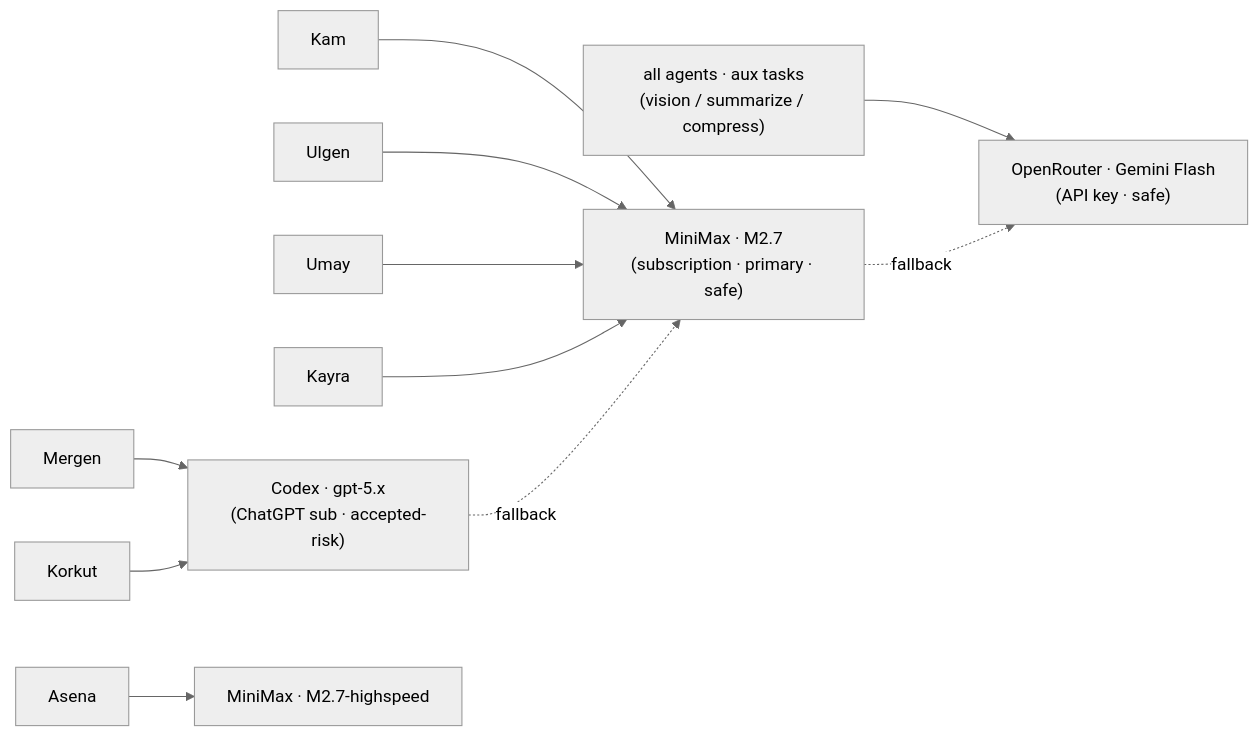
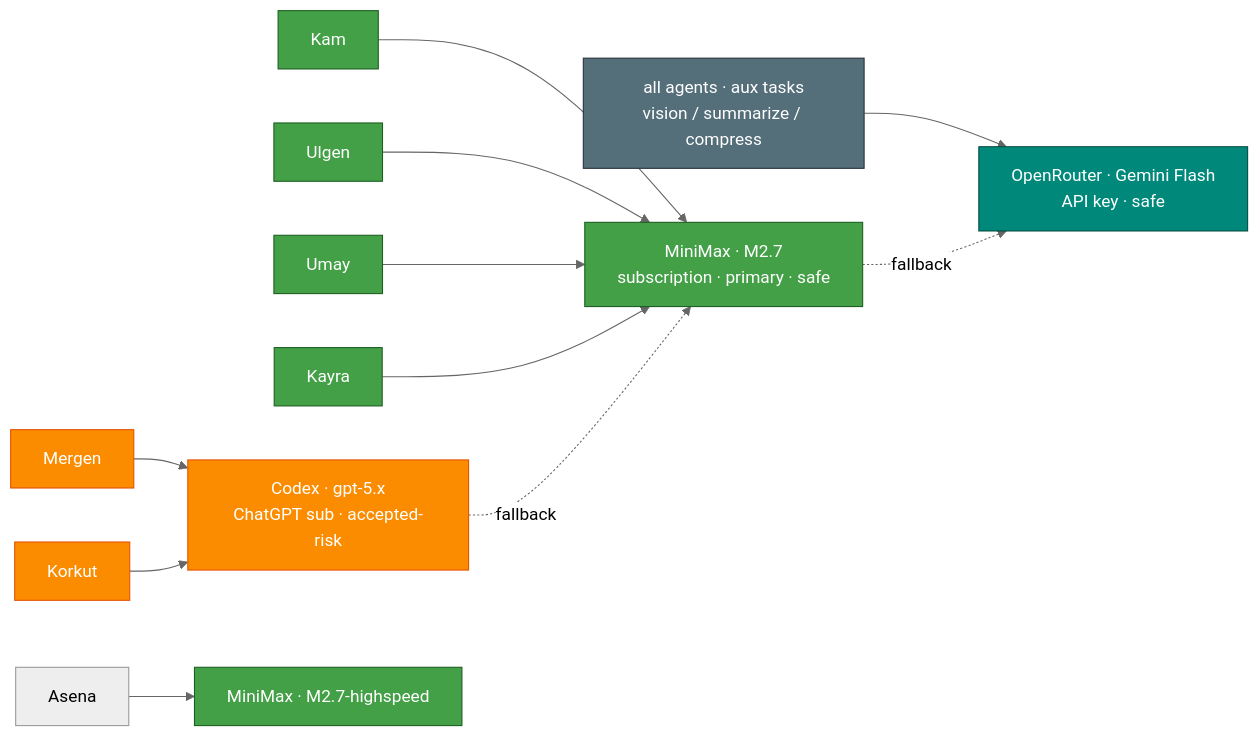
One commit to mpolatcan/hermes-setup changed the diagram in docs/04-models.md. Above: the diagram before and after it, drawn with Mermaid (neutral theme). The commit also changed 8 other files, not shown here.

First line of the commit message:
docs: Material Design styling on all diagrams + ASCII→mermaid

````diff
--- a/docs/04-models.md
+++ b/docs/04-models.md
@@ -7,9 +7,17 @@
 ```mermaid
 flowchart LR
-    Mergen & Korkut --> codex["Codex · gpt-5.x<br/>(ChatGPT sub · accepted-risk)"]
-    Kam & Ulgen & Umay & Kayra --> mini["MiniMax · M2.7<br/>(subscription · primary · safe)"]
+    Mergen & Korkut --> codex["Codex · gpt-5.x<br/>ChatGPT sub · accepted-risk"]
+    Kam & Ulgen & Umay & Kayra --> mini["MiniMax · M2.7<br/>subscription · primary · safe"]
     Asena --> mhs["MiniMax · M2.7-highspeed"]
-    aux["all agents · aux tasks<br/>(vision / summarize / compress)"] --> or["OpenRouter · Gemini Flash<br/>(API key · safe)"]
+    aux["all agents · aux tasks<br/>vision / summarize / compress"] --> or["OpenRouter · Gemini Flash<br/>API key · safe"]
     codex -. fallback .-> mini
     mini -. fallback .-> or
+    classDef codex fill:#FB8C00,stroke:#E65100,color:#fff
+    classDef mini fill:#43A047,stroke:#1B5E20,color:#fff
+    classDef ext fill:#00897B,stroke:#004D40,color:#fff
+    classDef neutral fill:#546E7A,stroke:#263238,color:#fff
+    class Mergen,Korkut,codex codex
+    class Kam,Ulgen,Umay,Kayra,mini,mhs mini
+    class or ext
+    class aux neutral
 ```
````
